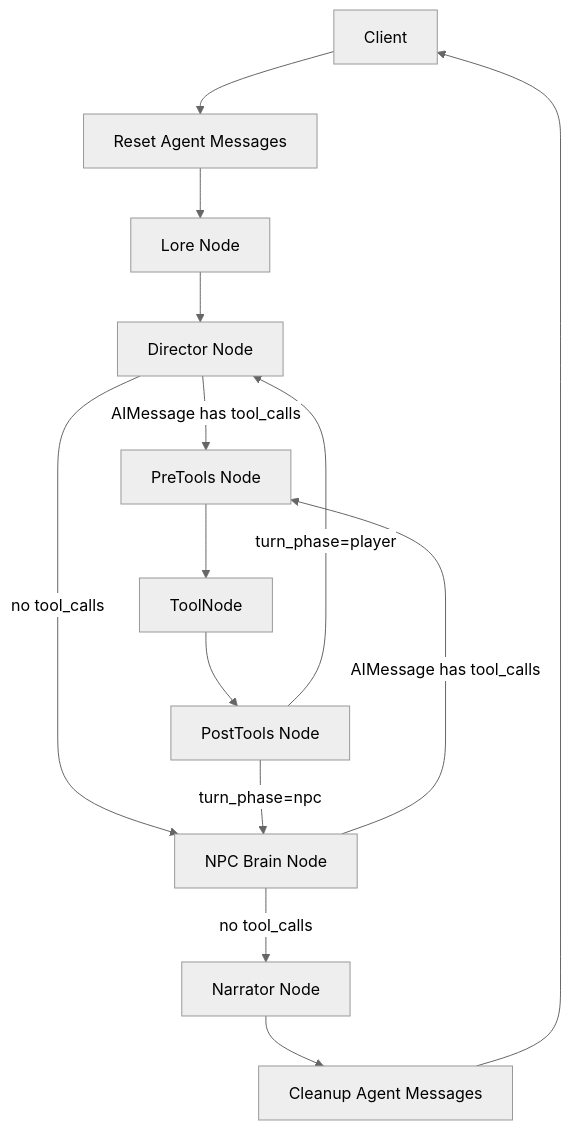
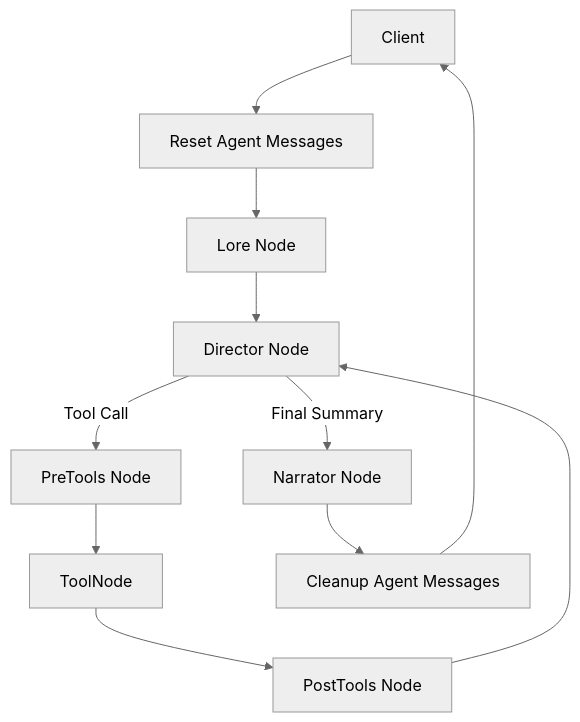
The diagram in .agents/skills/mnesos-rpg-engine/references/architecture.md (neolaw84/MnesOS), drawn with Mermaid (neutral theme) before and after one commit. The commit also changed other lines of this file and 32 other files, not shown here.

````diff
--- a/.agents/skills/mnesos-rpg-engine/references/architecture.md
+++ b/.agents/skills/mnesos-rpg-engine/references/architecture.md
@@ -13,16 +13,13 @@
 ```mermaid
 graph TD
     Client[Client] --> Reset[Reset Agent Messages]
     Reset --> Lore[Lore Node]
     Lore --> Director[Director Node]
-    Director -->|AIMessage has tool_calls| PreTools[PreTools Node]
-    Director -->|no tool_calls| NPC[NPC Brain Node]
+    Director -->|Tool Call| PreTools[PreTools Node]
+    Director -->|Final Summary| Narrator[Narrator Node]
     PreTools --> Tools[ToolNode]
     Tools --> PostTools[PostTools Node]
-    PostTools -->|turn_phase=player| Director
-    PostTools -->|turn_phase=npc| NPC
-    NPC -->|AIMessage has tool_calls| PreTools
-    NPC -->|no tool_calls| Narrator[Narrator Node]
+    PostTools --> Director
     Narrator --> Cleanup[Cleanup Agent Messages]
     Cleanup --> Client
 ```
````
